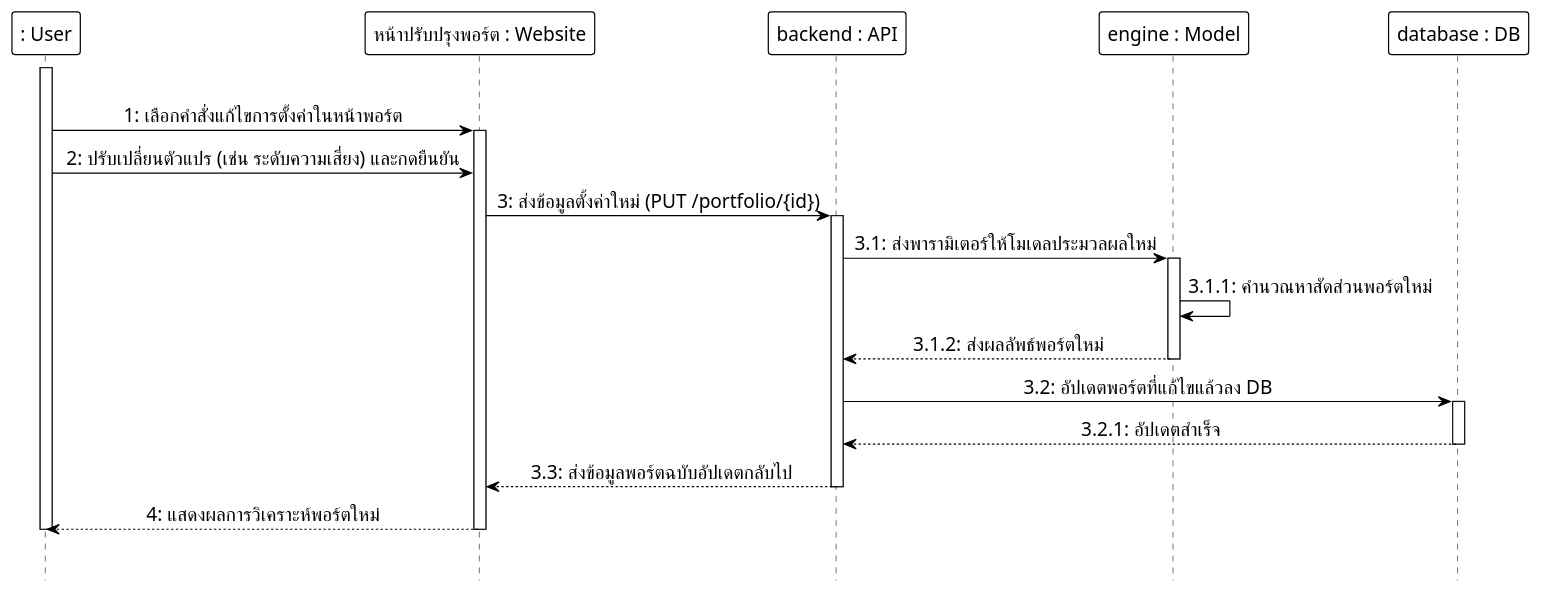
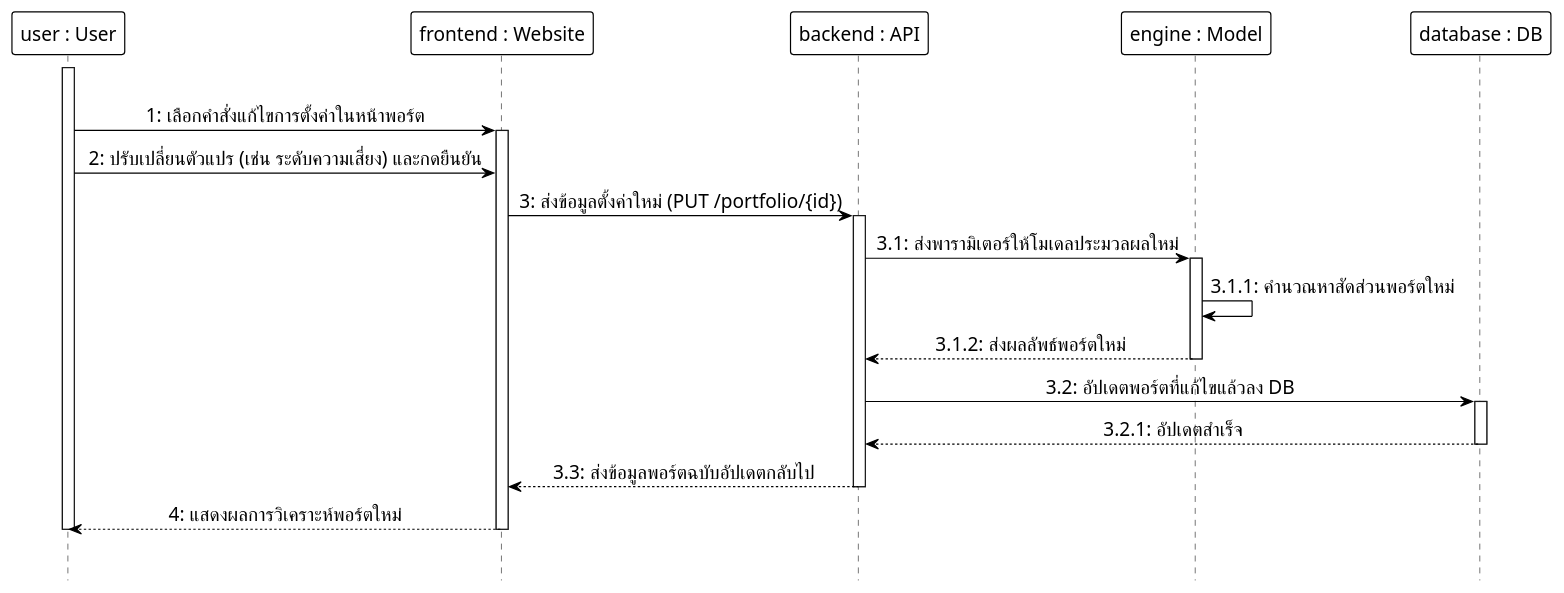
Before and after one commit to Anatta-at/my-portfolio-app: the seventh of 15 diagrams in docs/diagrams/plantuml_source/plantuml_sequence_diagrams.md, drawn with PlantUML. The commit also changed other lines of this file and 16 other files, not shown here.

Commit message:
docs: Update diagram swimlanes and participants to use instance : Class notation

````diff
--- a/docs/diagrams/plantuml_source/plantuml_sequence_diagrams.md
+++ b/docs/diagrams/plantuml_source/plantuml_sequence_diagrams.md
@@ -360,49 +360,49 @@
 ```plantuml
 @startuml
 hide footbox
 skinparam monochrome true
 skinparam shadowing false
 skinparam backgroundcolor transparent
 skinparam ParticipantMinHeight 60
 skinparam ParticipantMinWidth 160
 skinparam ParticipantBackgroundColor white
 skinparam ParticipantBorderColor black
 skinparam ParticipantBorderThickness 1.0
 skinparam ParticipantFontSize 16
 skinparam LifeLineBackgroundColor white
 skinparam LifeLineBorderColor black
 skinparam LifeLineBorderThickness 1.0
 skinparam ArrowColor black
 skinparam ArrowFontSize 16
 skinparam sequenceMessageAlign center
 
-participant ": User" as User
-participant "หน้าปรับปรุงพอร์ต : Website" as Frontend
+participant "user : User" as User
+participant "frontend : Website" as Frontend
 participant "backend : API" as Backend
 participant "engine : Model" as Model
 participant "database : DB" as DB
 
 |||
 activate User
 User -> Frontend: 1: เลือกคำสั่งแก้ไขการตั้งค่าในหน้าพอร์ต
 activate Frontend
 User -> Frontend: 2: ปรับเปลี่ยนตัวแปร (เช่น ระดับความเสี่ยง) และกดยืนยัน
 Frontend -> Backend: 3: ส่งข้อมูลตั้งค่าใหม่ (PUT /portfolio/{id})
 activate Backend
 Backend -> Model: 3.1: ส่งพารามิเตอร์ให้โมเดลประมวลผลใหม่
 activate Model
 Model -> Model: 3.1.1: คำนวณหาสัดส่วนพอร์ตใหม่
 Model --> Backend: 3.1.2: ส่งผลลัพธ์พอร์ตใหม่
 deactivate Model
 Backend -> DB: 3.2: อัปเดตพอร์ตที่แก้ไขแล้วลง DB
 activate DB
 DB --> Backend: 3.2.1: อัปเดตสำเร็จ
 deactivate DB
 Backend --> Frontend: 3.3: ส่งข้อมูลพอร์ตฉบับอัปเดตกลับไป
 deactivate Backend
 Frontend --> User: 4: แสดงผลการวิเคราะห์พอร์ตใหม่
 deactivate Frontend
 deactivate User
 |||
 @enduml
 ```
````
